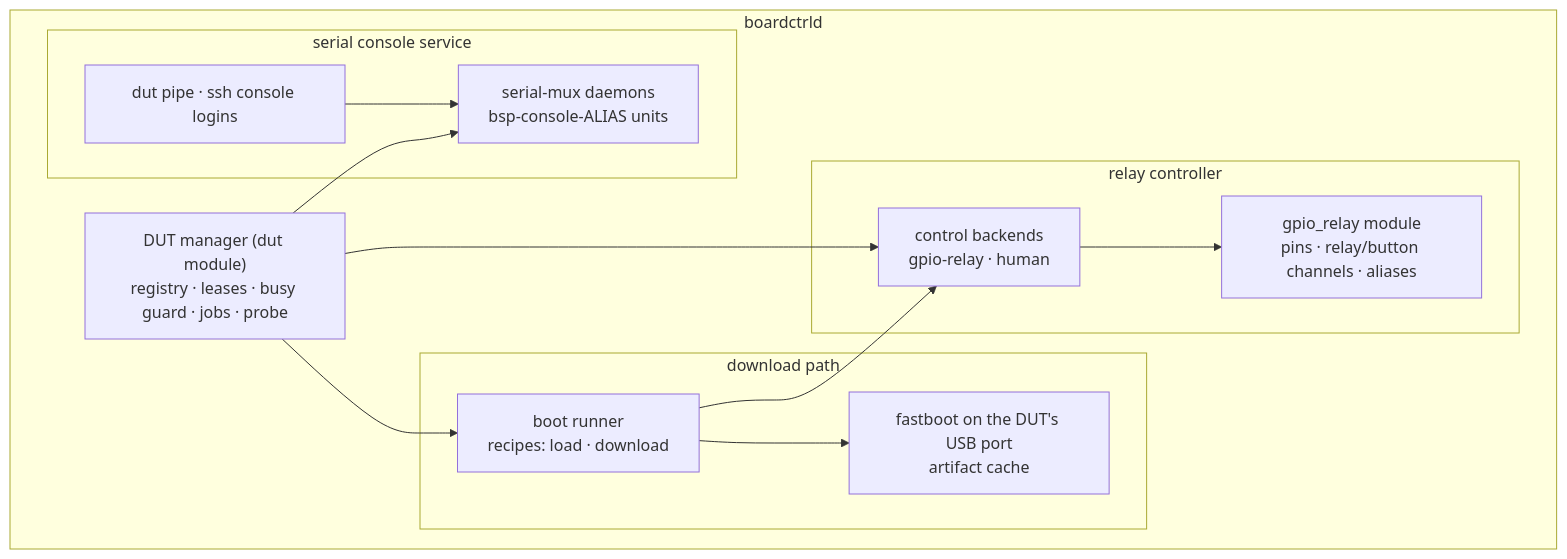
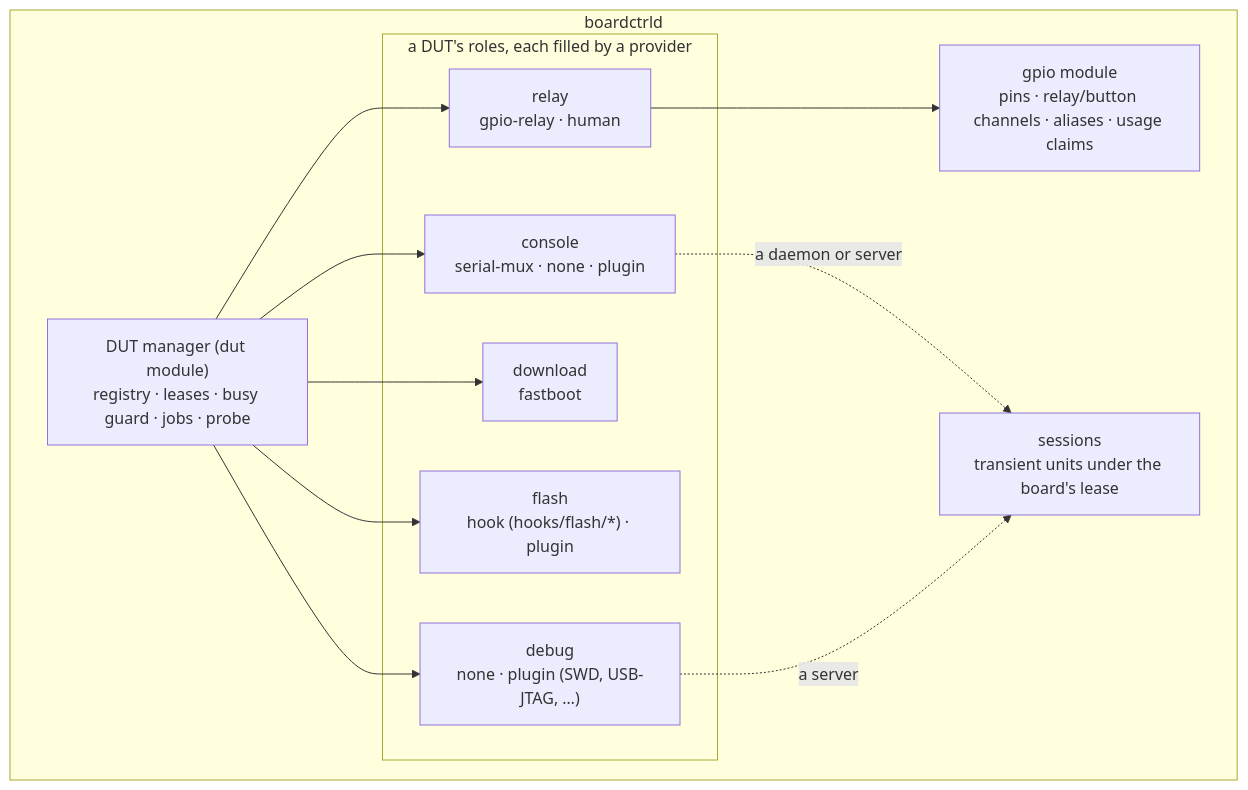
Before and after one commit to rzbdz/boardctrl: the second of 4 diagrams in docs/architecture.md, drawn with Mermaid. The commit also changed other lines of this file and 14 other files, not shown here.

First line of the commit message:
docs: the new names, the roles and the sessions they run in

````diff
--- a/docs/architecture.md
+++ b/docs/architecture.md
@@ -47,25 +47,19 @@
 ```mermaid
 flowchart TB
   subgraph hostd["boardctrld"]
     dutm["DUT manager (dut module)<br/>registry · leases · busy guard · jobs · probe"]
-    subgraph relay["relay controller"]
-      ctl["control backends<br/>gpio-relay · human"]
-      gpio["gpio_relay module<br/>pins · relay/button channels · aliases"]
-      ctl --> gpio
+    subgraph roles["a DUT's roles, each filled by a provider"]
+      relay["relay<br/>gpio-relay · human"]
+      console["console<br/>serial-mux · none · plugin"]
+      download["download<br/>fastboot"]
+      flash["flash<br/>hook (hooks/flash/*) · plugin"]
+      debug["debug<br/>none · plugin (SWD, USB-JTAG, …)"]
     end
-    subgraph download["download path"]
-      boot["boot runner<br/>recipes: load · download"]
-      fb["fastboot on the DUT's USB port<br/>artifact cache"]
-      boot --> fb
-    end
-    subgraph serial["serial console service"]
-      mux["serial-mux daemons<br/>bsp-console-ALIAS units"]
-      pipe["dut pipe · ssh console logins"]
-      pipe --> mux
-    end
-    dutm --> ctl
-    dutm --> boot
-    dutm --> mux
-    boot --> ctl
+    gpio["gpio module<br/>pins · relay/button channels · aliases · usage claims"]
+    sess["sessions<br/>transient units under the board's lease"]
+    dutm --> relay & console & download & flash & debug
+    relay --> gpio
+    console -. "a daemon or server" .-> sess
+    debug -. "a server" .-> sess
   end
 ```
````
